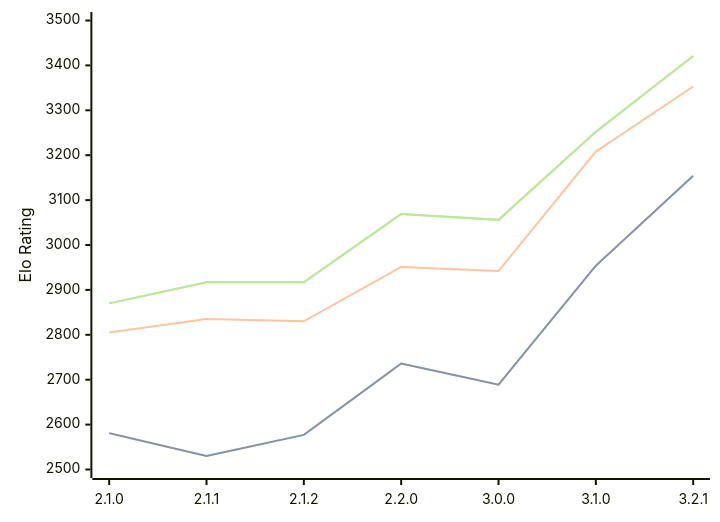
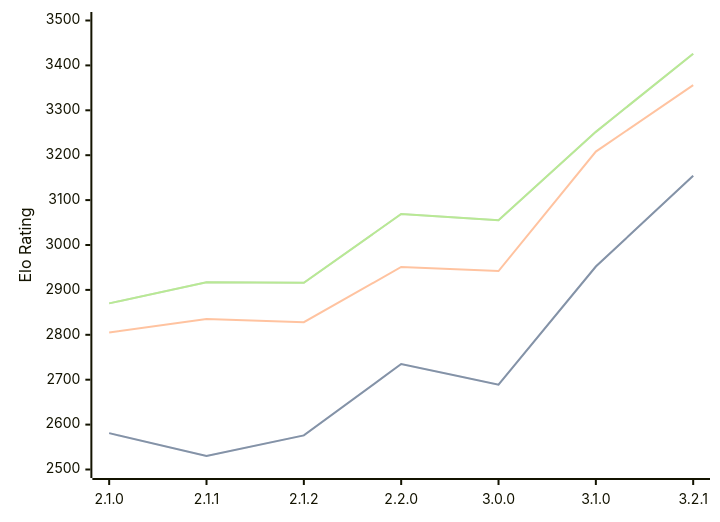
The diagram in engines/Prune.md (computer-chess-index/cci), drawn with Mermaid before and after one commit. The commit also changed other lines of this file, not shown here.

Commit message:
Update CCI Ratings (ELO VLTC) - 2026-03-01

````diff
--- a/engines/Prune.md
+++ b/engines/Prune.md
@@ -40,11 +40,11 @@
 ```mermaid
 %%{init: {"theme":"base","themeVariables":{"seriesColors:['#a3a3a3','#222221','#faa371']}}}%%
 xychart-beta
   x-axis ["2.1.0", "2.1.1", "2.1.2", "2.2.0", "3.0.0", "3.1.0", "3.2.1"]
   y-axis "Elo Rating" 2500 --> 3500
-  line "STC (8.0+0.08s)" [2581, 2530, 2577, 2736, 2689, 2954, 3154]
-  line "STC (8.0+0.08s)" [2581, 2530, 2577, 2736, 2689, 2954, 3154]
-  line "LTC (60.0+0.60s)" [2805, 2835, 2830, 2951, 2942, 3208, 3353]
-  line "VLTC (2m24s+1.12s)" [2870, 2917, 2917, 3069, 3056, 3252, 3421]
-  line "VLTC (2m24s+1.12s)" [2870, 2917, 2917, 3069, 3056, 3252, 3421]
+  line "STC (8.0+0.08s)" [2581, 2530, 2576, 2735, 2689, 2952, 3154]
+  line "STC (8.0+0.08s)" [2581, 2530, 2576, 2735, 2689, 2952, 3154]
+  line "LTC (60.0+0.60s)" [2805, 2835, 2828, 2951, 2942, 3208, 3356]
+  line "VLTC (2m24s+1.12s)" [2870, 2917, 2916, 3069, 3055, 3252, 3426]
+  line "VLTC (2m24s+1.12s)" [2870, 2917, 2916, 3069, 3055, 3252, 3426]
 ```
````
